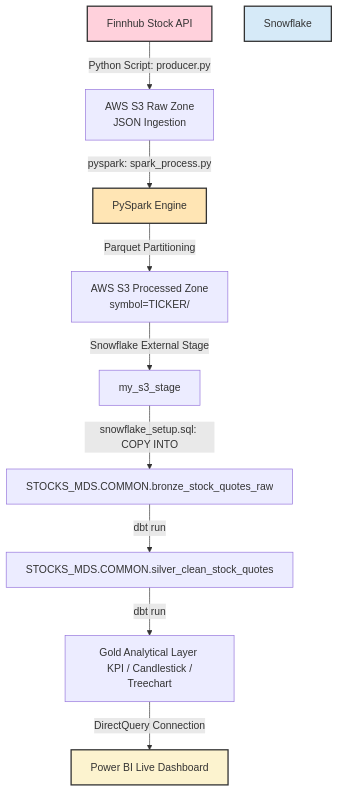
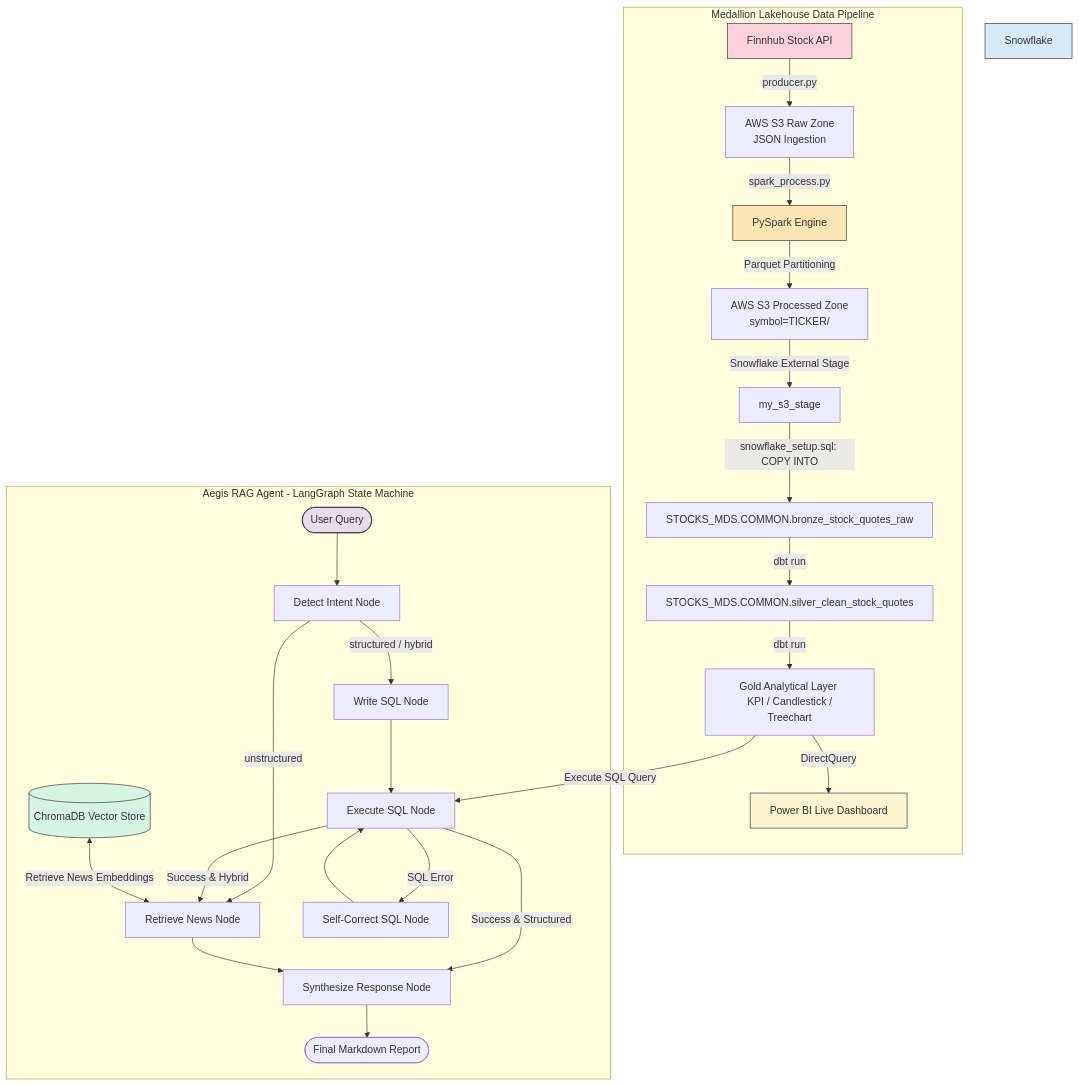
One commit to NaveenGP2005/stockMarket-data-eng changed the diagram in README.md. Above: the diagram before and after it, drawn with Mermaid. The commit also changed other lines of this file and 18 other files, not shown here.

````diff
--- a/README.md
+++ b/README.md
@@ -18,16 +25,39 @@
 ```mermaid
 graph TD
-    API[Finnhub Stock API] -->|Python Script: producer.py| S3Raw[AWS S3 Raw Zone <br/> JSON Ingestion]
-    S3Raw -->|pyspark: spark_process.py| Spark[PySpark Engine]
-    Spark -->|Parquet Partitioning| S3Processed[AWS S3 Processed Zone <br/> symbol=TICKER/]
-    S3Processed -->|Snowflake External Stage| Stage[my_s3_stage]
-    Stage -->|snowflake_setup.sql: COPY INTO| Bronze[STOCKS_MDS.COMMON.bronze_stock_quotes_raw]
-    Bronze -->|dbt run| Silver[STOCKS_MDS.COMMON.silver_clean_stock_quotes]
-    Silver -->|dbt run| Gold[Gold Analytical Layer <br/> KPI / Candlestick / Treechart]
-    Gold -->|DirectQuery Connection| PowerBI[Power BI Live Dashboard]
+    subgraph Data Engineering Pipeline [Medallion Lakehouse Data Pipeline]
+        API[Finnhub Stock API] -->|producer.py| S3Raw[AWS S3 Raw Zone <br/> JSON Ingestion]
+        S3Raw -->|spark_process.py| Spark[PySpark Engine]
+        Spark -->|Parquet Partitioning| S3Processed[AWS S3 Processed Zone <br/> symbol=TICKER/]
+        S3Processed -->|Snowflake External Stage| Stage[my_s3_stage]
+        Stage -->|snowflake_setup.sql: COPY INTO| Bronze[STOCKS_MDS.COMMON.bronze_stock_quotes_raw]
+        Bronze -->|dbt run| Silver[STOCKS_MDS.COMMON.silver_clean_stock_quotes]
+        Silver -->|dbt run| Gold[Gold Analytical Layer <br/> KPI / Candlestick / Treechart]
+        Gold -->|DirectQuery| PowerBI[Power BI Live Dashboard]
+    end
 
-    style API fill:#FFD1DC,stroke:#333,stroke-width:2px
-    style Spark fill:#FFE5B4,stroke:#333,stroke-width:2px
-    style Snowflake fill:#D6EAF8,stroke:#333,stroke-width:2px
-    style PowerBI fill:#FCF3CF,stroke:#333,stroke-width:2px
+    subgraph AI Analyst Agent [Aegis RAG Agent - LangGraph State Machine]
+        User([User Query]) --> Detect[Detect Intent Node]
+        Detect -->|unstructured| Retrieve[Retrieve News Node]
+        Detect -->|structured / hybrid| WriteSQL[Write SQL Node]
+        
+        WriteSQL --> ExecSQL[Execute SQL Node]
+        ExecSQL -->|SQL Error| CorrectSQL[Self-Correct SQL Node]
+        CorrectSQL --> ExecSQL
+        
+        ExecSQL -->|Success & Hybrid| Retrieve
+        ExecSQL -->|Success & Structured| Synth[Synthesize Response Node]
+        
+        Chroma[(ChromaDB Vector Store)] <-->|Retrieve News Embeddings| Retrieve
+        Gold -->|Execute SQL Query| ExecSQL
+        
+        Retrieve --> Synth
+        Synth --> Report([Final Markdown Report])
+    end
+
+    style API fill:#FFD1DC,stroke:#333,stroke-width:1px
+    style Spark fill:#FFE5B4,stroke:#333,stroke-width:1px
+    style Snowflake fill:#D6EAF8,stroke:#333,stroke-width:1px
+    style PowerBI fill:#FCF3CF,stroke:#333,stroke-width:1px
+    style Chroma fill:#D5F5E3,stroke:#333,stroke-width:1px
+    style User fill:#E8DAEF,stroke:#333,stroke-width:1px
 ```
````
